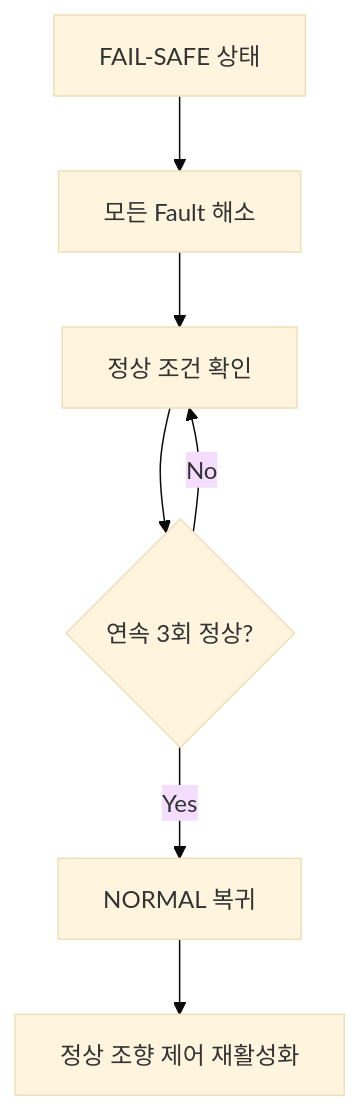
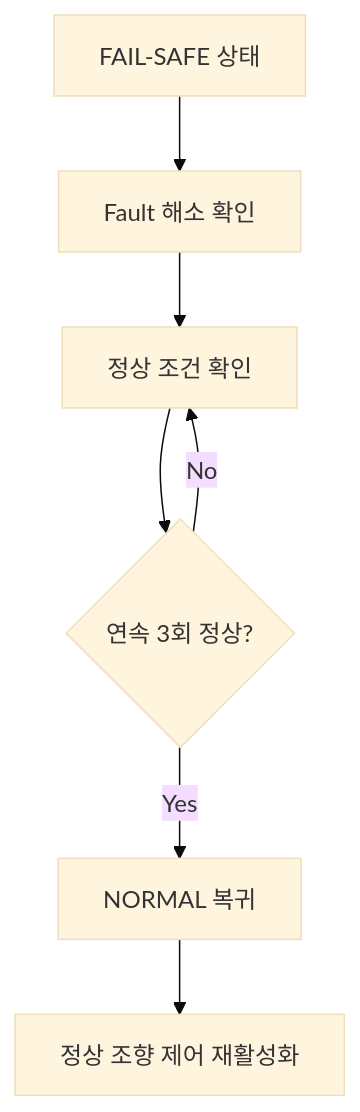
One commit to kwangil1245-code/iso26262-sbw-failsafe changed the third of 3 diagrams in iso26262-sbw-failsafe/workproducts/03_SW_Requirements.md. Above: the diagram before and after it, drawn with Mermaid (base theme). The commit also changed other lines of this file, not shown here.

````diff
--- a/iso26262-sbw-failsafe/workproducts/03_SW_Requirements.md
+++ b/iso26262-sbw-failsafe/workproducts/03_SW_Requirements.md
@@ -205,9 +199,9 @@
 ```mermaid
 flowchart TD
-    A["FAIL-SAFE 상태"] --> B["모든 Fault 해소"]
+    A["FAIL-SAFE 상태"] --> B["Fault 해소 확인"]
     B --> C["정상 조건 확인"]
     C --> D{"연속 3회 정상?"}
     D -- "No" --> C
     D -- "Yes" --> E["NORMAL 복귀"]
     E --> F["정상 조향 제어 재활성화"]
 ```
````
